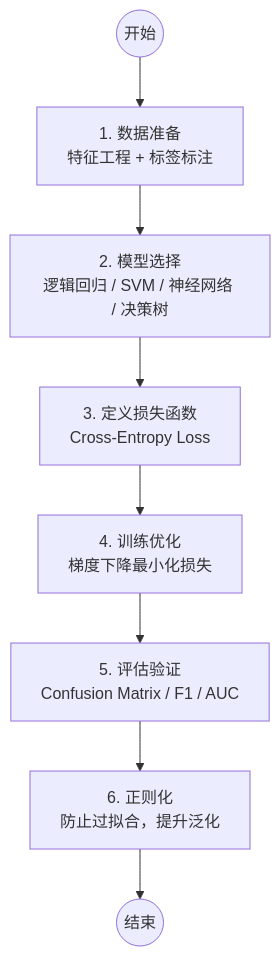
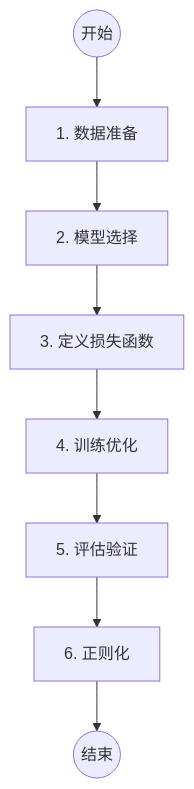
The diagram in content/concepts/classification.md (viryoke/knowledge-base), drawn with Mermaid before and after one commit.

Commit message:
fix: 修复classification.md Mermaid图表渲染错误（移除不支持的br标签）

````diff
--- a/content/concepts/classification.md
+++ b/content/concepts/classification.md
@@ -111,10 +111,10 @@
 ```mermaid
 graph TD
-    Start(("开始")) --> step1["1. 数据准备<br/>特征工程 + 标签标注"]
-    step1 --> step2["2. 模型选择<br/>逻辑回归 / SVM / 神经网络 / 决策树"]
-    step2 --> step3["3. 定义损失函数<br/>Cross-Entropy Loss"]
-    step3 --> step4["4. 训练优化<br/>梯度下降最小化损失"]
-    step4 --> step5["5. 评估验证<br/>Confusion Matrix / F1 / AUC"]
-    step5 --> step6["6. 正则化<br/>防止过拟合，提升泛化"]
+    Start(("开始")) --> step1["1. 数据准备"]
+    step1 --> step2["2. 模型选择"]
+    step2 --> step3["3. 定义损失函数"]
+    step3 --> step4["4. 训练优化"]
+    step4 --> step5["5. 评估验证"]
+    step5 --> step6["6. 正则化"]
     step6 --> End(("结束"))
 ```
````
